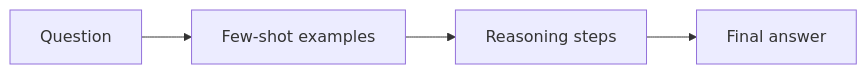
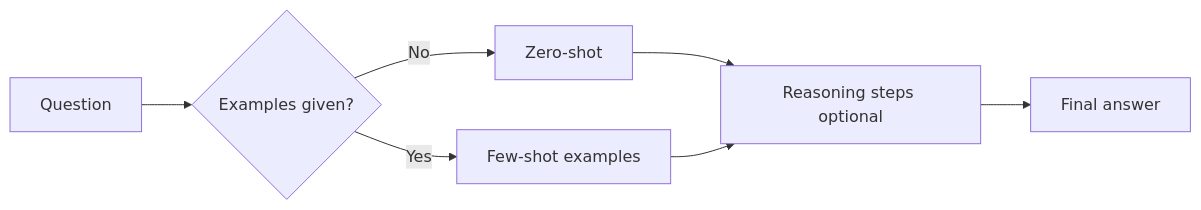
One commit to satishify/BackBenchLearner changed the diagram in content/genai/module-2-prompting-rag/session-4-advanced-prompting/02-few-shot-and-chain-of-thought.md. Above: the diagram before and after it, drawn with Mermaid. The commit also changed other lines of this file and 199 other files, not shown here.

````diff
--- a/content/genai/module-2-prompting-rag/session-4-advanced-prompting/02-few-shot-and-chain-of-thought.md
+++ b/content/genai/module-2-prompting-rag/session-4-advanced-prompting/02-few-shot-and-chain-of-thought.md
@@ -14,6 +16,9 @@
 ```mermaid
 flowchart LR
-  Q[Question] --> FS[Few-shot examples]
-  FS --> CoT[Reasoning steps]
+  Q[Question] --> Z{Examples given?}
+  Z -->|No| ZS[Zero-shot]
+  Z -->|Yes| FS[Few-shot examples]
+  ZS --> CoT[Reasoning steps optional]
+  FS --> CoT
   CoT --> A[Final answer]
 ```
````
